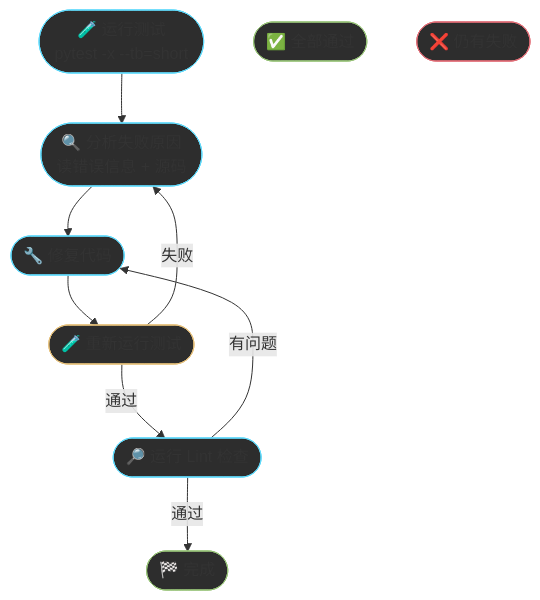
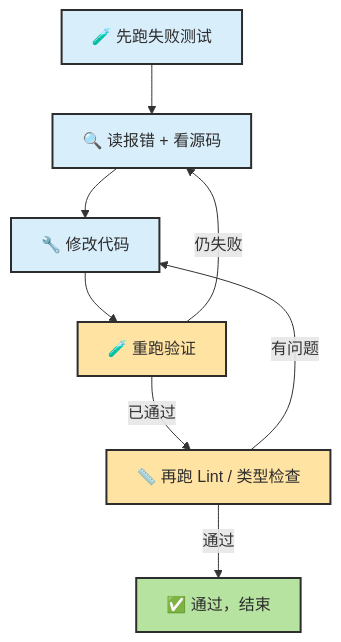
The third of 4 diagrams in docs/chapters/ch06-explore-verify.md (zht043/AgenticCodingTutorial), drawn with Mermaid before and after one commit. The commit also changed other lines of this file and 69 other files, not shown here.

Commit message:
optimize docs and add mermaid validation

````diff
--- a/docs/chapters/ch06-explore-verify.md
+++ b/docs/chapters/ch06-explore-verify.md
@@ -297,23 +299,19 @@
 ```mermaid
 flowchart TB
-    classDef action fill:#2d2d2d,stroke:#61dafb
-    classDef check fill:#2d2d2d,stroke:#e5c07b
-    classDef success fill:#2d2d2d,stroke:#98c379
-    classDef fail fill:#2d2d2d,stroke:#e06c75
+    classDef action fill:#d8eefb,stroke:#2d2d2d,stroke-width:2px,color:#2d2d2d
+    classDef check fill:#ffe3a3,stroke:#2d2d2d,stroke-width:2px,color:#2d2d2d
+    classDef success fill:#b7e3a1,stroke:#2d2d2d,stroke-width:2px,color:#2d2d2d
 
-    Run(["🧪 运行测试<br/>pytest -x --tb=short"]):::action
-    Analyze(["🔍 分析失败原因<br/>读错误信息 + 源码"]):::action
-    Fix(["🔧 修复代码"]):::action
-    Rerun(["🧪 重新运行测试"]):::check
-    
-    Pass(["✅ 全部通过"]):::success
-    Fail(["❌ 仍有失败"]):::fail
-    Lint(["🔎 运行 Lint 检查"]):::action
-    Done(["🏁 完成"]):::success
+    Run["🧪 先跑失败测试"]:::action
+    Analyze["🔍 读报错 + 看源码"]:::action
+    Fix["🔧 修改代码"]:::action
+    Rerun["🧪 重跑验证"]:::check
+    Lint["📏 再跑 Lint / 类型检查"]:::check
+    Done["✅ 通过，结束"]:::success
 
     Run --> Analyze --> Fix --> Rerun
-    Rerun -->|通过| Lint
-    Rerun -->|失败| Analyze
-    Lint -->|通过| Done
-    Lint -->|有问题| Fix
+    Rerun -->|"仍失败"| Analyze
+    Rerun -->|"已通过"| Lint
+    Lint -->|"有问题"| Fix
+    Lint -->|"通过"| Done
 ```
````
